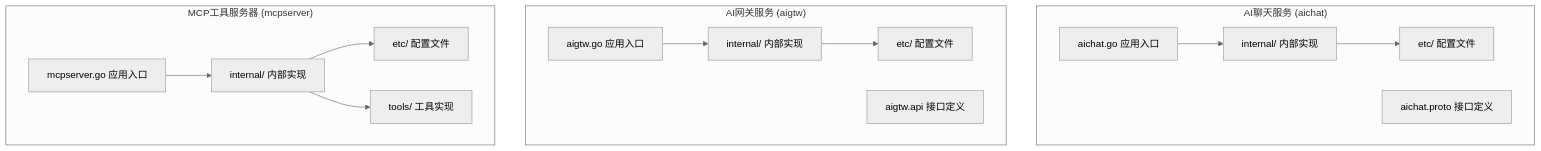
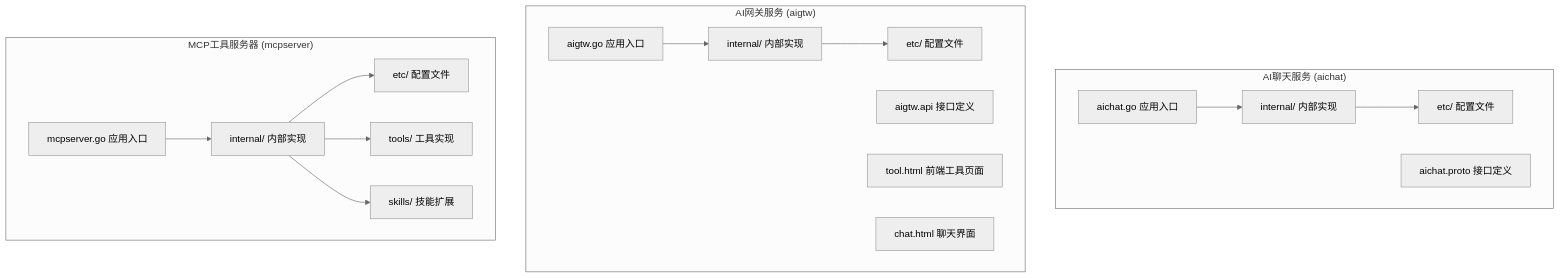
Before and after one commit to maomao94/zero-service: the first of 29 diagrams in .qoder/repowiki/zh/content/AI聊天服务迁移指南.md, drawn with Mermaid (neutral theme). The commit also changed other lines of this file and 48 other files, not shown here.

````diff
--- a/.qoder/repowiki/zh/content/AI聊天服务迁移指南.md
+++ b/.qoder/repowiki/zh/content/AI聊天服务迁移指南.md
@@ -75,28 +82,32 @@
 ```mermaid
 graph TB
 subgraph "AI聊天服务 (aichat)"
 A[aichat.go 应用入口]
 B[internal/ 内部实现]
 C[etc/ 配置文件]
 D[aichat.proto 接口定义]
 end
 subgraph "AI网关服务 (aigtw)"
 E[aigtw.go 应用入口]
 F[internal/ 内部实现]
 G[etc/ 配置文件]
 H[aigtw.api 接口定义]
+I[tool.html 前端工具页面]
+J[chat.html 聊天界面]
 end
 subgraph "MCP工具服务器 (mcpserver)"
-I[mcpserver.go 应用入口]
-J[internal/ 内部实现]
-K[etc/ 配置文件]
-L[tools/ 工具实现]
+K[mcpserver.go 应用入口]
+L[internal/ 内部实现]
+M[etc/ 配置文件]
+N[tools/ 工具实现]
+O[skills/ 技能扩展]
 end
 A --> B
 E --> F
-I --> J
+K --> L
 B --> C
 F --> G
-J --> K
-J --> L
+L --> M
+L --> N
+L --> O
 ```
````
